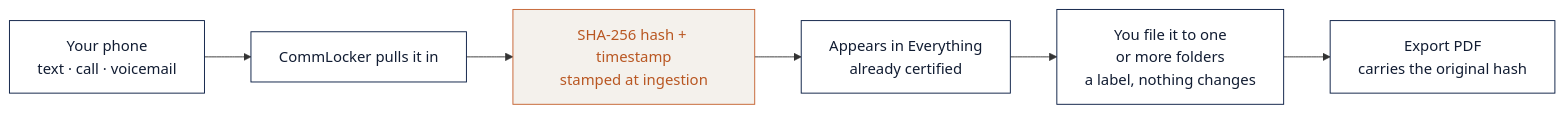
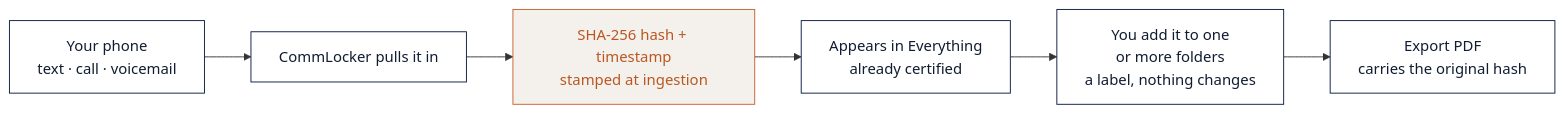
Before and after one commit to CoachCotner/Recalltext: the first of 2 diagrams in v2/PLAN.md, drawn with Mermaid. The commit also changed other lines of this file and 12 other files, not shown here.

````diff
--- a/v2/PLAN.md
+++ b/v2/PLAN.md
@@ -21,12 +21,12 @@
 ```mermaid
 flowchart LR
   P[Your phone<br/>text · call · voicemail] --> I[CommLocker pulls it in]
   I --> H[SHA-256 hash + timestamp<br/>stamped at ingestion]
   H --> E[Appears in Everything<br/>already certified]
-  E --> F[You file it to one<br/>or more folders<br/>a label, nothing changes]
+  E --> F[You add it to one<br/>or more folders<br/>a label, nothing changes]
   F --> X[Export PDF<br/>carries the original hash]
   classDef key fill:#F4F1EC,stroke:#C56230,color:#B95722
   classDef step fill:#FFFFFF,stroke:#071B42,color:#111C32
   class H key
   class P,I,E,F,X step
 ```
````
